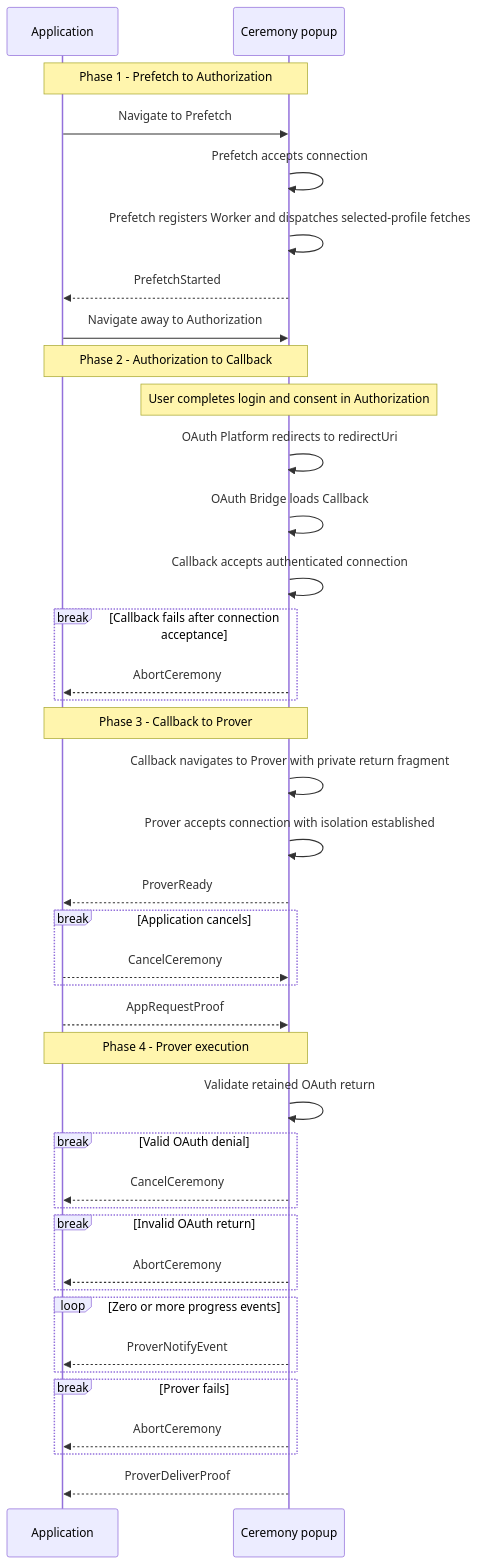
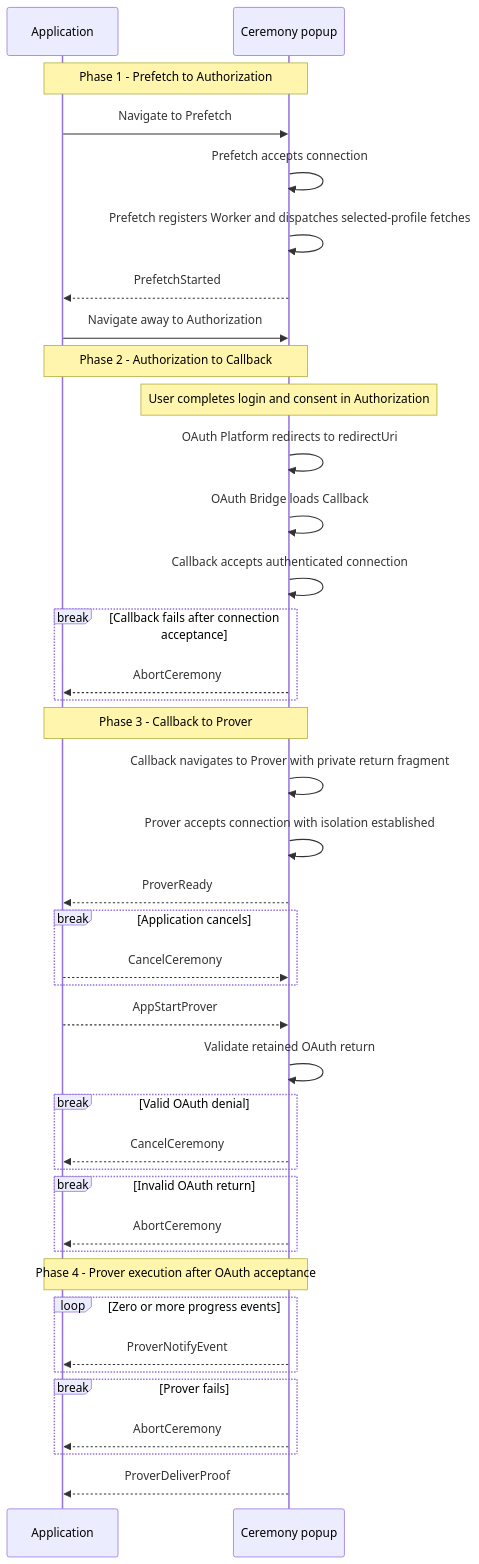
Before and after one commit to libid-org/libid: the diagram in ts/packages/ceremony/CCDP.md, drawn with Mermaid. The commit also changed other lines of this file and 6 other files, not shown here.

Commit message:
docs(ceremony): name prover start and clarify denial phase

````diff
--- a/ts/packages/ceremony/CCDP.md
+++ b/ts/packages/ceremony/CCDP.md
@@ -482,46 +484,46 @@
 ```mermaid
 sequenceDiagram
     participant A as Application
     participant P as Ceremony popup
 
     Note over A,P: Phase 1 - Prefetch to Authorization
     A->>P: Navigate to Prefetch
     P->>P: Prefetch accepts connection
     P->>P: Prefetch registers Worker and dispatches selected-profile fetches
     P-->>A: PrefetchStarted
     A->>P: Navigate away to Authorization
 
     Note over A,P: Phase 2 - Authorization to Callback
     Note over P: User completes login and consent in Authorization
     P->>P: OAuth Platform redirects to redirectUri
     P->>P: OAuth Bridge loads Callback
     P->>P: Callback accepts authenticated connection
     break Callback fails after connection acceptance
         P-->>A: AbortCeremony
     end
 
     Note over A,P: Phase 3 - Callback to Prover
     P->>P: Callback navigates to Prover with private return fragment
     P->>P: Prover accepts connection with isolation established
     P-->>A: ProverReady
     break Application cancels
         A-->>P: CancelCeremony
     end
-    A-->>P: AppRequestProof
+    A-->>P: AppStartProver
 
-    Note over A,P: Phase 4 - Prover execution
     P->>P: Validate retained OAuth return
     break Valid OAuth denial
         P-->>A: CancelCeremony
     end
     break Invalid OAuth return
         P-->>A: AbortCeremony
     end
+    Note over A,P: Phase 4 - Prover execution after OAuth acceptance
     loop Zero or more progress events
         P-->>A: ProverNotifyEvent
     end
     break Prover fails
         P-->>A: AbortCeremony
     end
     P-->>A: ProverDeliverProof
 ```
````
